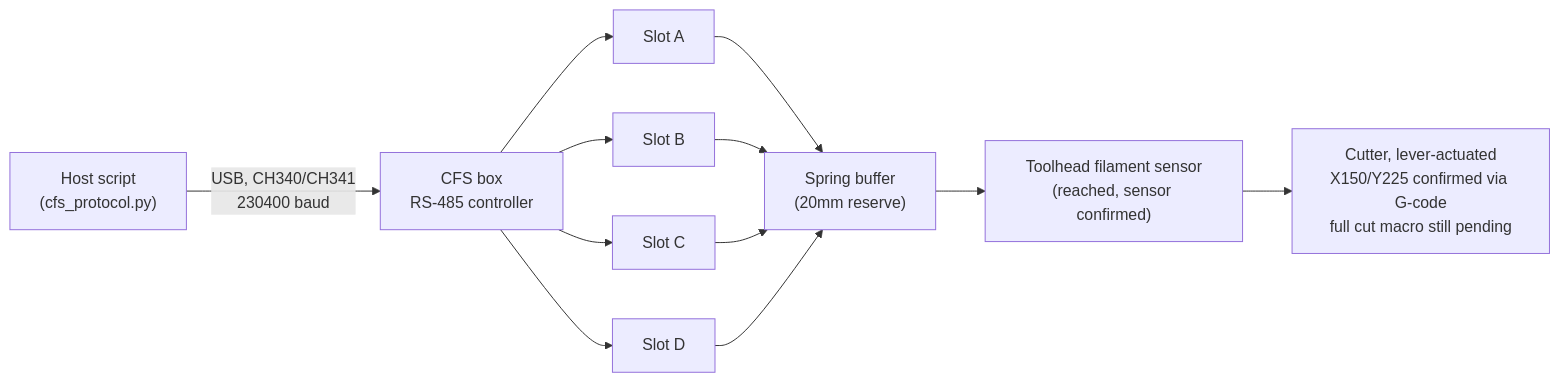
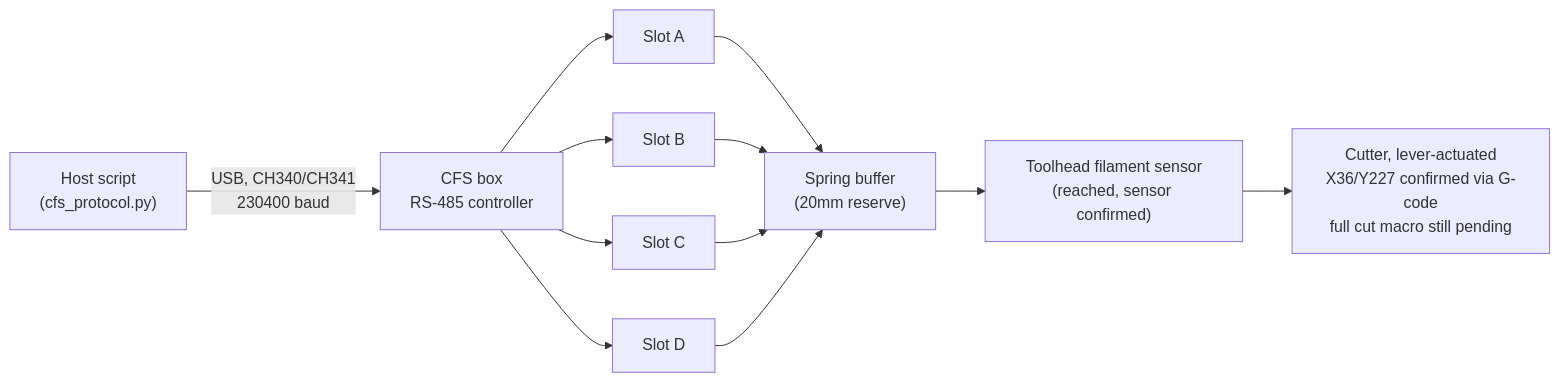
Before and after one commit to tomaspakosta/k1c-cfs-klipper: the first of 2 diagrams in README.md, drawn with Mermaid. The commit also changed other lines of this file and 5 other files, not shown here.

````diff
--- a/README.md
+++ b/README.md
@@ -149,11 +149,11 @@
 ```mermaid
 graph LR
     Host["Host script<br/>(cfs_protocol.py)"] -->|USB, CH340/CH341<br/>230400 baud| Box["CFS box<br/>RS-485 controller"]
     Box --> A["Slot A"]
     Box --> B["Slot B"]
     Box --> C["Slot C"]
     Box --> D["Slot D"]
     A & B & C & D --> Buffer["Spring buffer<br/>(20mm reserve)"]
     Buffer --> Sensor["Toolhead filament sensor<br/>(reached, sensor confirmed)"]
-    Sensor --> Cutter["Cutter, lever-actuated<br/>X150/Y225 confirmed via G-code<br/>full cut macro still pending"]
+    Sensor --> Cutter["Cutter, lever-actuated<br/>X36/Y227 confirmed via G-code<br/>full cut macro still pending"]
 ```
````
